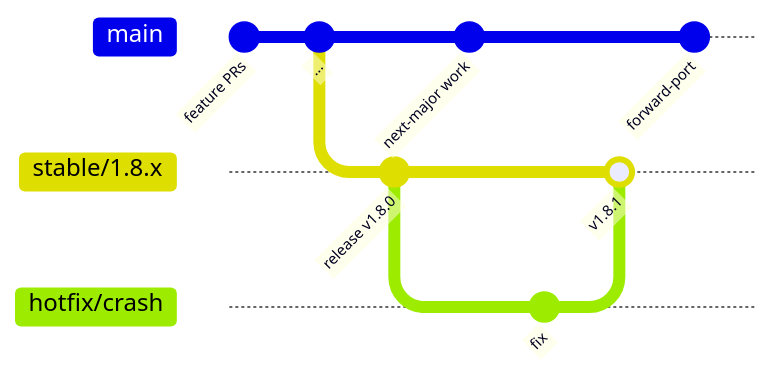
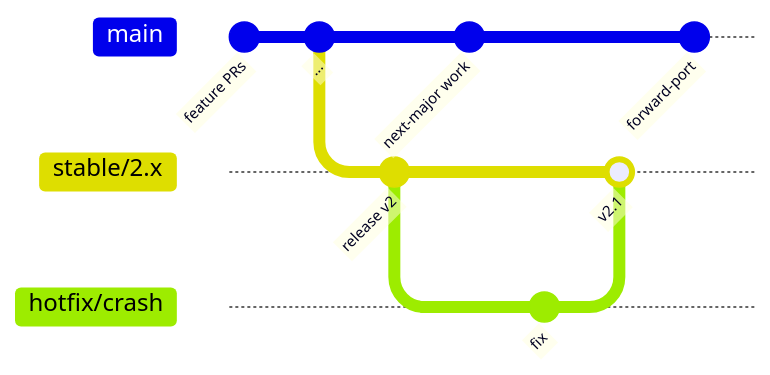
The first of 2 diagrams in docs/guide/04-shipping-code.md (WxboySuper/Graphical-Forecast-Creator), drawn with Mermaid before and after one commit. The commit also changed other lines of this file and 36 other files, not shown here.

````diff
--- a/docs/guide/04-shipping-code.md
+++ b/docs/guide/04-shipping-code.md
@@ -7,16 +7,16 @@
 ```mermaid
 gitGraph
   commit id: "feature PRs"
   commit id: "..."
-  branch stable/1.8.x
-  commit id: "release v1.8.0"
+  branch stable/2.x
+  commit id: "release v2"
   checkout main
   commit id: "next-major work"
-  checkout stable/1.8.x
+  checkout stable/2.x
   branch hotfix/crash
   commit id: "fix"
-  checkout stable/1.8.x
-  merge hotfix/crash id: "v1.8.1"
+  checkout stable/2.x
+  merge hotfix/crash id: "v2.1"
   checkout main
   commit id: "forward-port"
 ```
````
